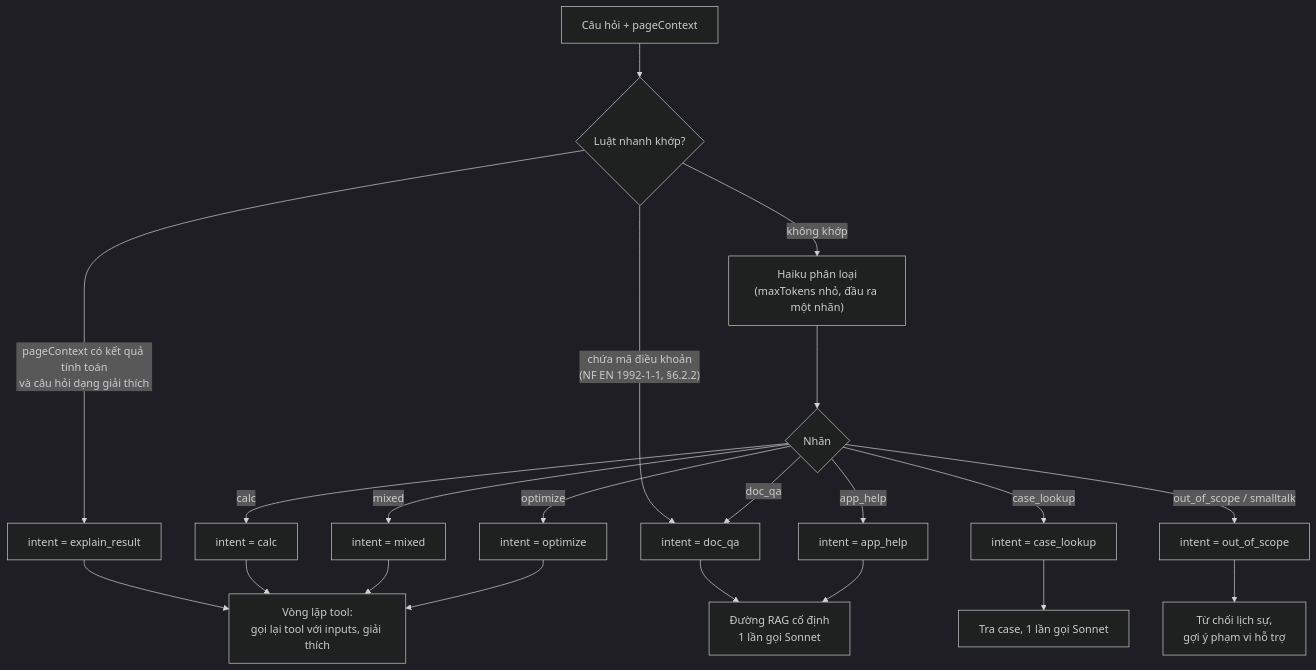
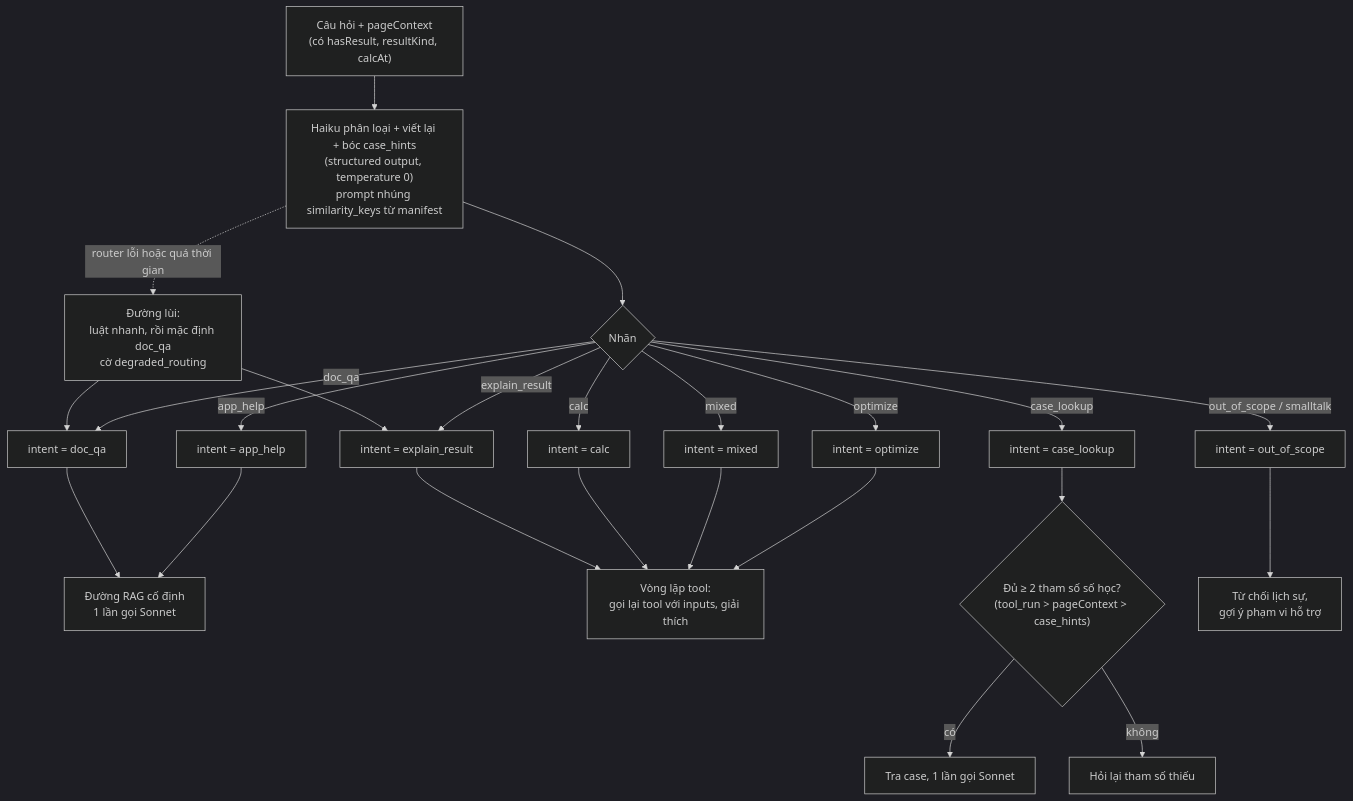
One commit to vdloc/vfstructures-ai-solution changed the third of 6 diagrams in 02-assistant-service.md. Above: the diagram before and after it, drawn with Mermaid (dark theme). The commit also changed other lines of this file and 26 other files, not shown here.

Commit message:
Update v1.1 architecture docs and add guidelines, specs, presentation material

````diff
--- a/02-assistant-service.md
+++ b/02-assistant-service.md
@@ -141,25 +148,28 @@
 ```mermaid
 flowchart TD
-  Q["Câu hỏi + pageContext"] --> RULE{"Luật nhanh khớp?"}
-  RULE -->|"pageContext có kết quả tính toán<br/>và câu hỏi dạng giải thích"| EXPL["intent = explain_result"]
-  RULE -->|"chứa mã điều khoản<br/>(NF EN 1992-1-1, §6.2.2)"| DOC["intent = doc_qa"]
-  RULE -->|"không khớp"| LLMR["Haiku phân loại<br/>(maxTokens nhỏ, đầu ra một nhãn)"]
+  Q["Câu hỏi + pageContext<br/>(có hasResult, resultKind, calcAt)"] --> LLMR["Haiku phân loại + viết lại + bóc case_hints<br/>(structured output, temperature 0)<br/>prompt nhúng similarity_keys từ manifest"]
+  LLMR -.->|"router lỗi hoặc quá thời gian"| FB["Đường lùi:<br/>luật nhanh, rồi mặc định doc_qa<br/>cờ degraded_routing"]
+  FB --> DOC
+  FB --> EXPL
 
   LLMR --> CLS{"Nhãn"}
-  CLS -->|"doc_qa"| DOC
+  CLS -->|"doc_qa"| DOC["intent = doc_qa"]
+  CLS -->|"explain_result"| EXPL["intent = explain_result"]
   CLS -->|"calc"| CALC["intent = calc"]
   CLS -->|"case_lookup"| CASE["intent = case_lookup"]
   CLS -->|"mixed"| MIX["intent = mixed"]
   CLS -->|"app_help"| HELP["intent = app_help"]
   CLS -->|"optimize"| OPT["intent = optimize"]
   CLS -->|"out_of_scope / smalltalk"| OOS["intent = out_of_scope"]
 
   DOC --> P1["Đường RAG cố định<br/>1 lần gọi Sonnet"]
   EXPL --> P2["Vòng lặp tool:<br/>gọi lại tool với inputs, giải thích"]
   CALC --> P2
   MIX --> P2
   OPT --> P2
   HELP --> P1
-  CASE --> P3["Tra case, 1 lần gọi Sonnet"]
+  CASE --> HINT{"Đủ ≥ 2 tham số số học?<br/>(tool_run &gt; pageContext &gt; case_hints)"}
+  HINT -->|"có"| P3["Tra case, 1 lần gọi Sonnet"]
+  HINT -->|"không"| ASK["Hỏi lại tham số thiếu"]
   OOS --> P4["Từ chối lịch sự,<br/>gợi ý phạm vi hỗ trợ"]
 ```
````
